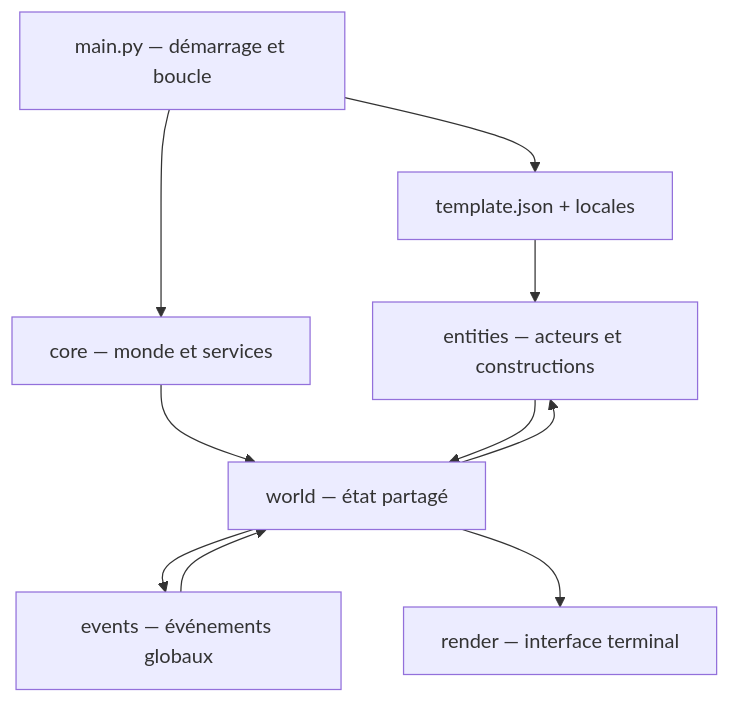
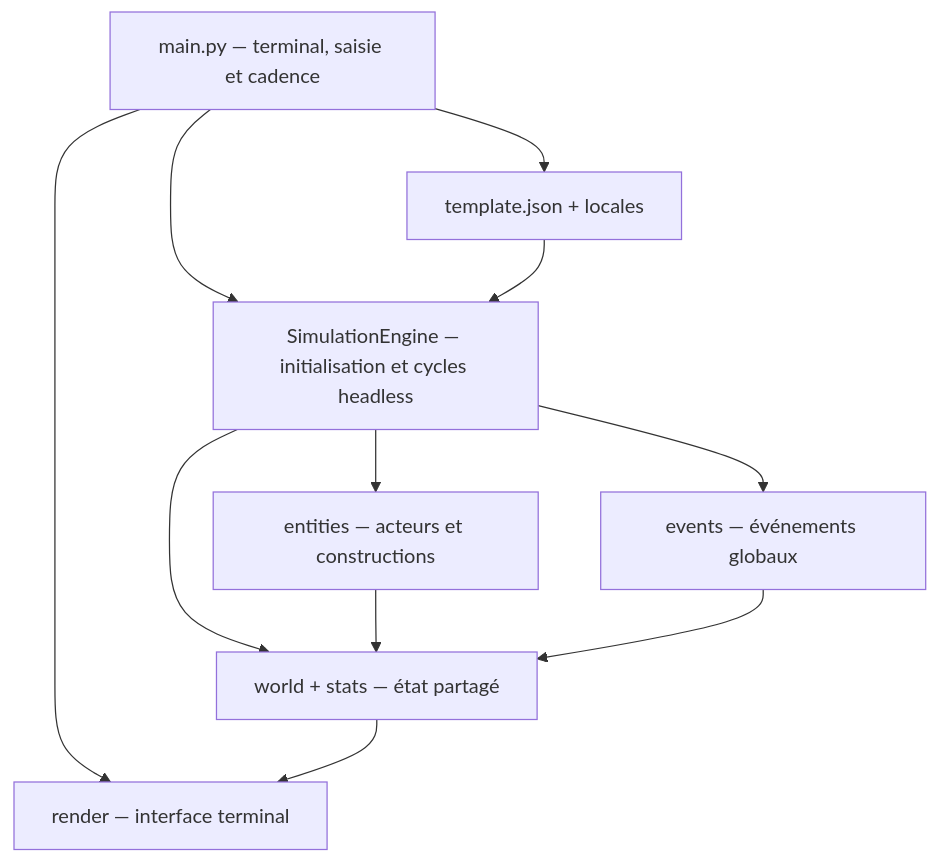
The diagram in REFERENTIEL_PROJET.md (Drwhy/chartographist), drawn with Mermaid before and after one commit. The commit also changed other lines of this file and 41 other files, not shown here.

````diff
--- a/REFERENTIEL_PROJET.md
+++ b/REFERENTIEL_PROJET.md
@@ -13,12 +13,13 @@
 ```mermaid
 flowchart TD
-    CLI["main.py — démarrage et boucle"] --> CFG["template.json + locales"]
-    CLI --> CORE["core — monde et services"]
-    CORE --> WORLD["world — état partagé"]
-    CFG --> ENT["entities — acteurs et constructions"]
-    WORLD --> ENT
-    WORLD --> EVT["events — événements globaux"]
+    CLI["main.py — terminal, saisie et cadence"] --> CFG["template.json + locales"]
+    CLI --> ENGINE["SimulationEngine — initialisation et cycles headless"]
+    CFG --> ENGINE
+    ENGINE --> WORLD["world + stats — état partagé"]
+    ENGINE --> ENT["entities — acteurs et constructions"]
+    ENGINE --> EVT["events — événements globaux"]
     ENT --> WORLD
     EVT --> WORLD
-    WORLD --> UI["render — interface terminal"]
+    CLI --> UI["render — interface terminal"]
+    WORLD --> UI
 ```
````
